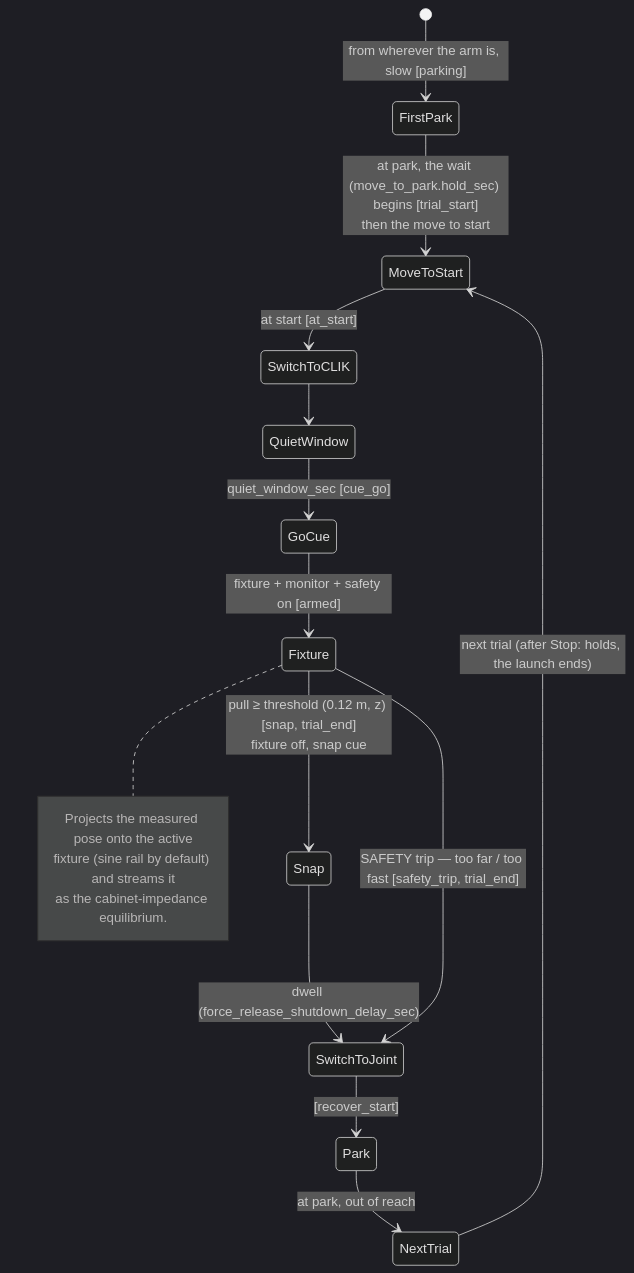
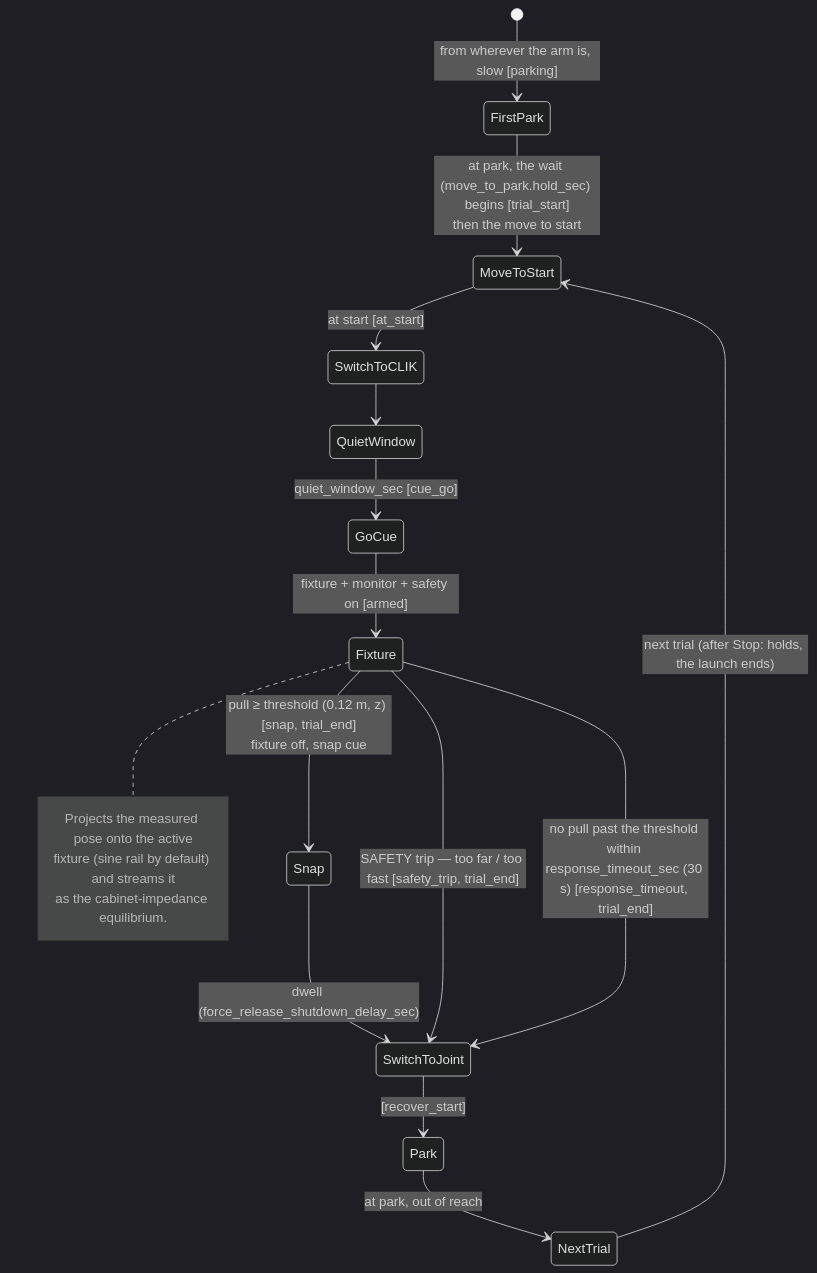
One commit to sinthlab/sinthlab-kuka-stack changed the fifth of 9 diagrams in README.md. Above: the diagram before and after it, drawn with Mermaid (dark theme). The commit also changed other lines of this file and 18 other files, not shown here.

````diff
--- a/README.md
+++ b/README.md
@@ -1930,20 +1950,21 @@
 ```mermaid
 stateDiagram-v2
     [*] --> FirstPark : from wherever the arm is, slow [parking]
     FirstPark --> MoveToStart : at park, the wait (move_to_park.hold_sec) begins [trial_start]<br/>then the move to start
     MoveToStart --> SwitchToCLIK : at start [at_start]
     SwitchToCLIK --> QuietWindow
     QuietWindow --> GoCue : quiet_window_sec [cue_go]
     GoCue --> Fixture : fixture + monitor + safety on [armed]
     note right of Fixture
       Projects the measured pose onto the active
       fixture (sine rail by default) and streams it
       as the cabinet-impedance equilibrium.
     end note
     Fixture --> Snap : pull ≥ threshold (0.12 m, z) [snap, trial_end]<br/>fixture off, snap cue
     Snap --> SwitchToJoint : dwell (force_release_shutdown_delay_sec)
     Fixture --> SwitchToJoint : SAFETY trip — too far / too fast [safety_trip, trial_end]
+    Fixture --> SwitchToJoint : no pull past the threshold within response_timeout_sec (30 s) [response_timeout, trial_end]
     SwitchToJoint --> Park : [recover_start]
     Park --> NextTrial : at park, out of reach
     NextTrial --> MoveToStart : next trial (after Stop: holds, the launch ends)
 ```
````
